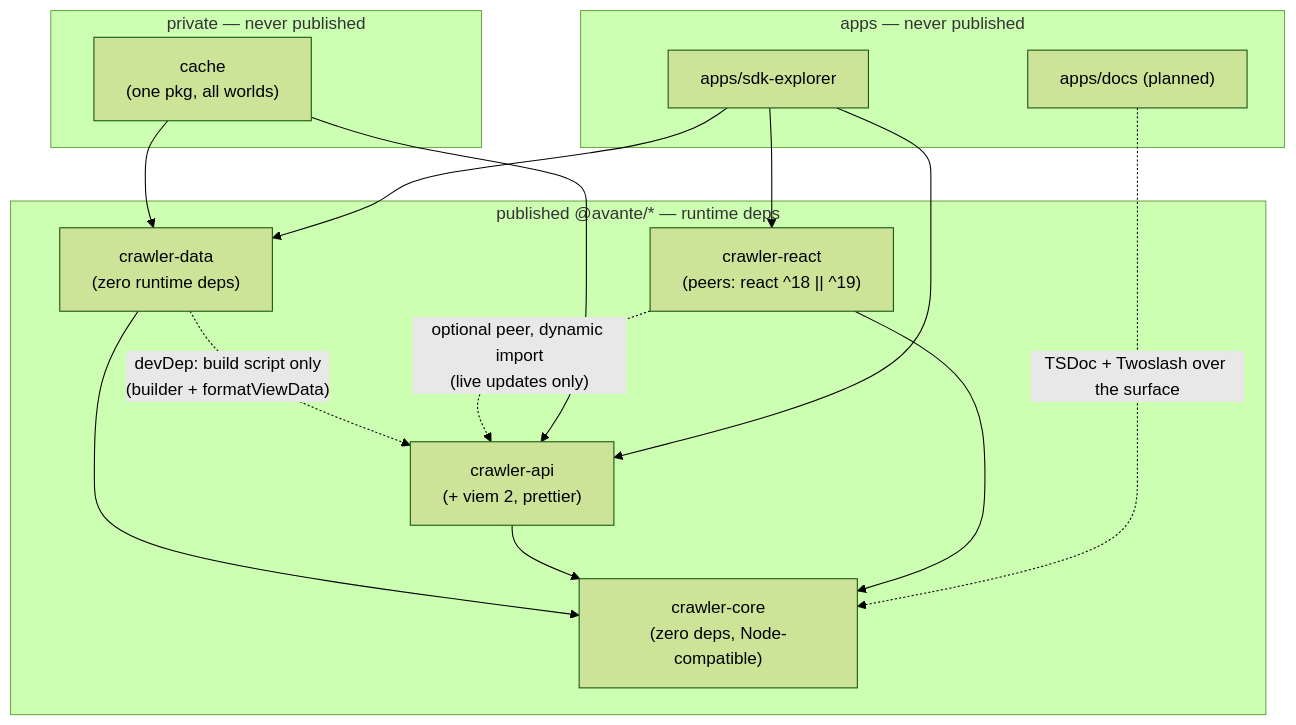
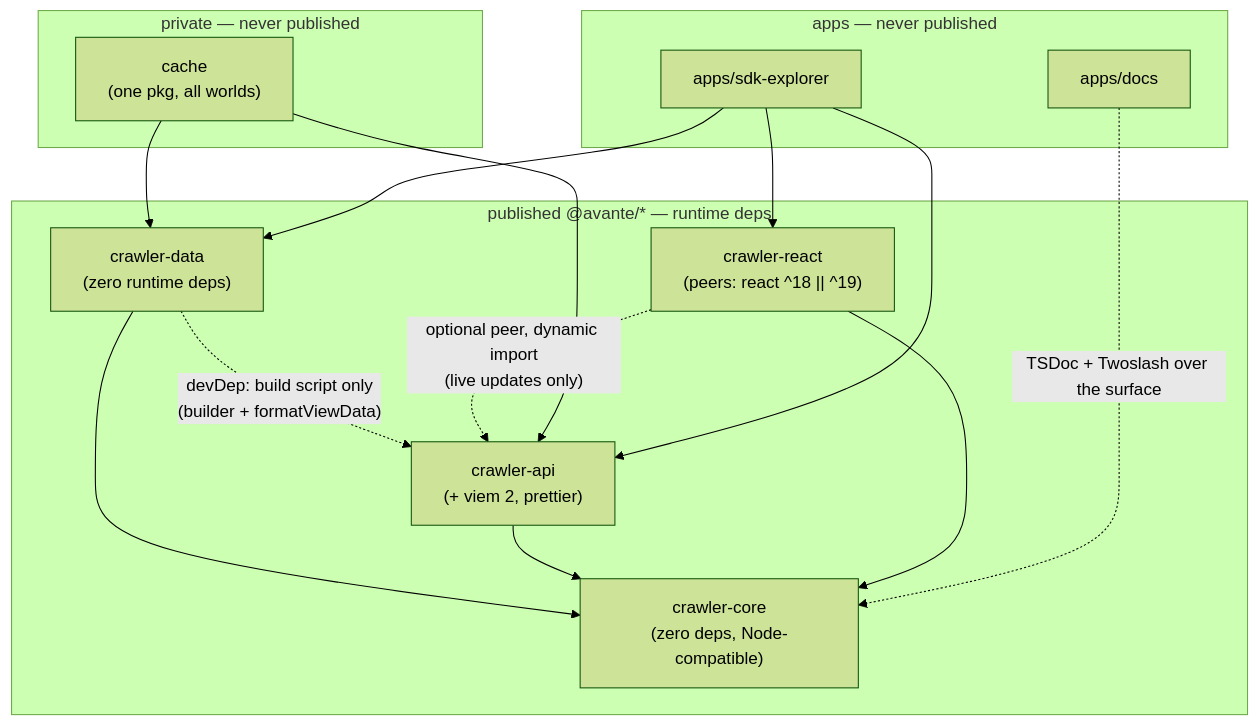
One commit to EndlessCrawler/crawler-sdk changed the diagram in specs/SDK_SPECS.md. Above: the diagram before and after it, drawn with Mermaid (forest theme). The commit also changed other lines of this file and 35 other files, not shown here.

````diff
--- a/specs/SDK_SPECS.md
+++ b/specs/SDK_SPECS.md
@@ -28,33 +28,33 @@
 ```mermaid
 flowchart TD
   subgraph pub ["published @avante/* — runtime deps"]
     core["crawler-core<br/>(zero deps, Node-compatible)"]
     data["crawler-data<br/>(zero runtime deps)"]
     api["crawler-api<br/>(+ viem 2, prettier)"]
     react["crawler-react<br/>(peers: react ^18 || ^19)"]
   end
 
   subgraph priv ["private — never published"]
     cache["cache<br/>(one pkg, all worlds)"]
   end
 
   subgraph apps ["apps — never published"]
     explorer["apps/sdk-explorer"]
-    docs["apps/docs (planned)"]
+    docs["apps/docs"]
   end
 
   data --> core
   api --> core
   react --> core
 
   data -. "devDep: build script only<br/>(builder + formatViewData)" .-> api
   react -. "optional peer, dynamic import<br/>(live updates only)" .-> api
 
   cache --> api
   cache --> data
 
   explorer --> react
   explorer --> data
   explorer --> api
   docs -. "TSDoc + Twoslash over the surface" .-> core
 ```
````
